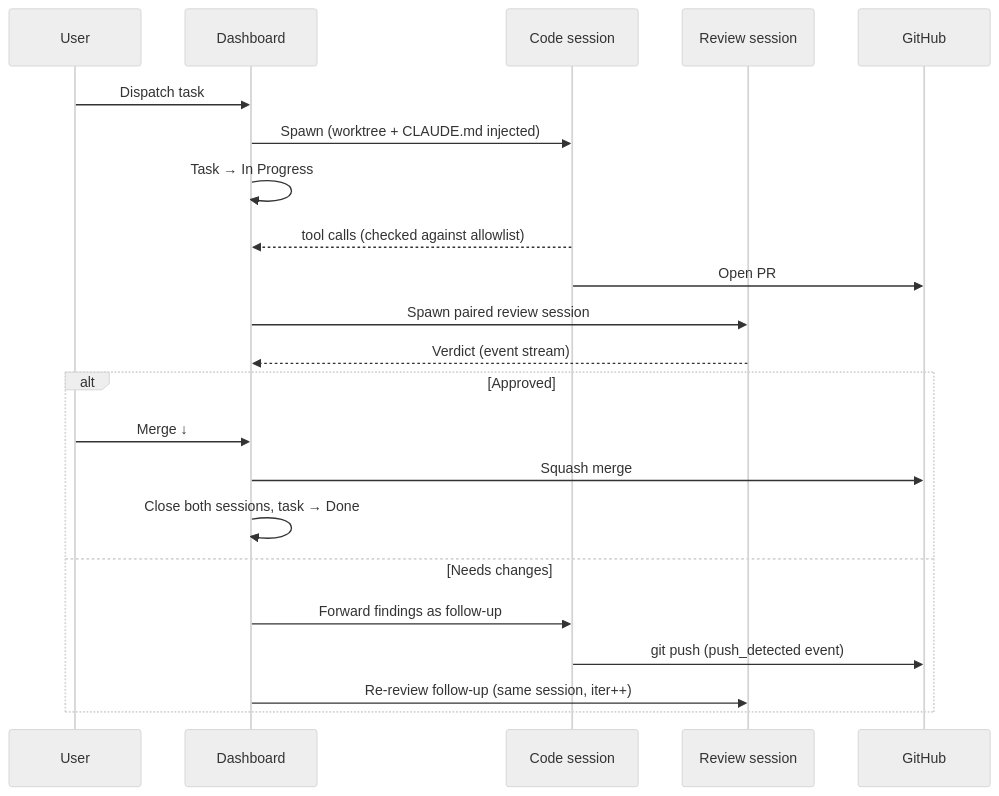
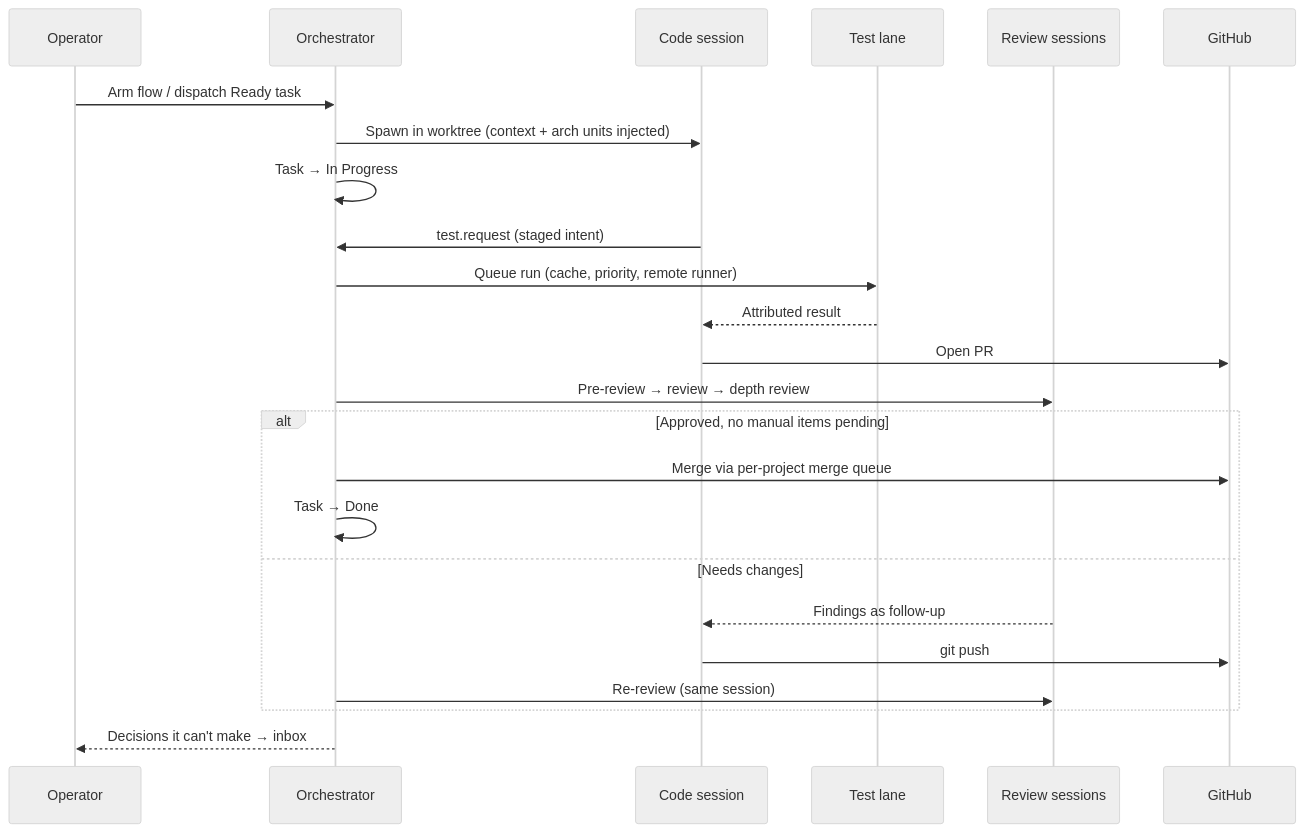
The diagram in README.md (phahadek/claude-orchestrator), drawn with Mermaid (neutral theme) before and after one commit. The commit also changed other lines of this file and 7 other files, not shown here.

````diff
--- a/README.md
+++ b/README.md
@@ -55,25 +57,27 @@
 ```mermaid
 sequenceDiagram
-    participant U as User
-    participant D as Dashboard
+    participant O as Operator
+    participant D as Orchestrator
     participant C as Code session
-    participant R as Review session
+    participant L as Test lane
+    participant R as Review sessions
     participant G as GitHub
 
-    U->>D: Dispatch task
-    D->>C: Spawn (worktree + CLAUDE.md injected)
+    O->>D: Arm flow / dispatch Ready task
+    D->>C: Spawn in worktree (context + arch units injected)
     D->>D: Task → In Progress
-    C-->>D: tool calls (checked against allowlist)
+    C->>D: test.request (staged intent)
+    D->>L: Queue run (cache, priority, remote runner)
+    L-->>C: Attributed result
     C->>G: Open PR
-    D->>R: Spawn paired review session
-    R-->>D: Verdict (event stream)
-    alt Approved
-        U->>D: Merge ↓
-        D->>G: Squash merge
-        D->>D: Close both sessions, task → Done
+    D->>R: Pre-review → review → depth review
+    alt Approved, no manual items pending
+        D->>G: Merge via per-project merge queue
+        D->>D: Task → Done
     else Needs changes
-        D->>C: Forward findings as follow-up
-        C->>G: git push (push_detected event)
-        D->>R: Re-review follow-up (same session, iter++)
+        R-->>C: Findings as follow-up
+        C->>G: git push
+        D->>R: Re-review (same session)
     end
+    D-->>O: Decisions it can't make → inbox
 ```
````
